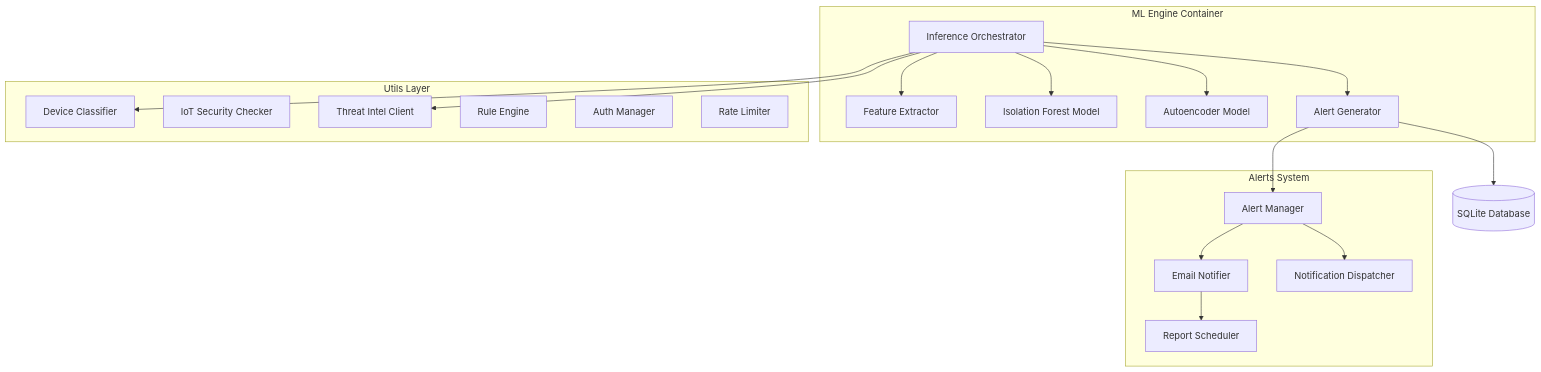
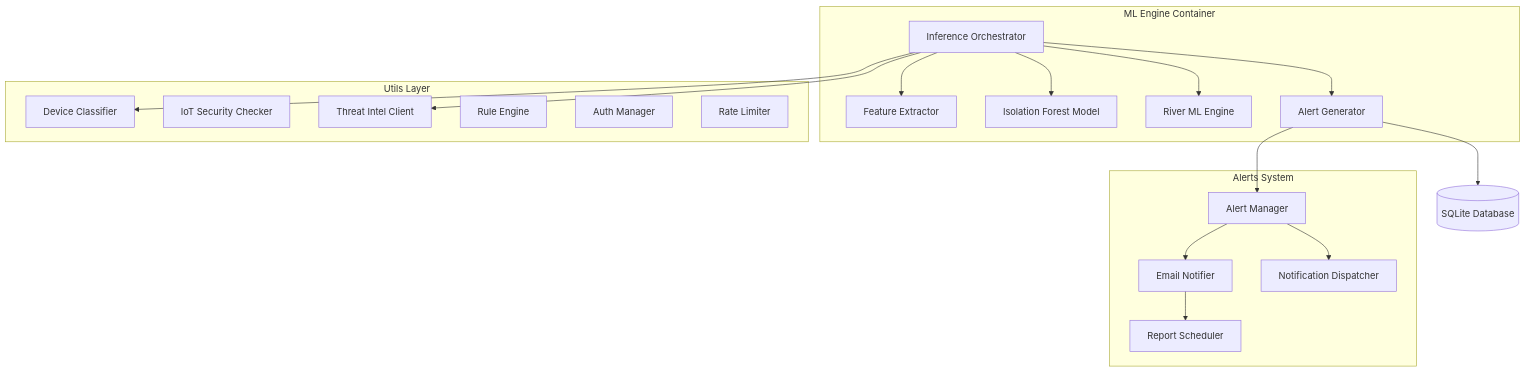
The third of 4 diagrams in docs/academic/C4_ARCHITECTURE.md (ritiksah141/iotsentinel), drawn with Mermaid before and after one commit. The commit also changed other lines of this file and 57 other files, not shown here.

Commit message:
moved to river ml from isolation forest and autoencoder for better result and optimization and to remove the baseline collection 7 day period

````diff
--- a/docs/academic/C4_ARCHITECTURE.md
+++ b/docs/academic/C4_ARCHITECTURE.md
@@ -168,42 +168,42 @@
 ```mermaid
 graph TD
     subgraph "ML Engine Container"
         ML1[Inference Orchestrator]
         ML2[Feature Extractor]
         ML3[Isolation Forest Model]
-        ML4[Autoencoder Model]
+        ML4[River ML Engine]
         ML5[Alert Generator]
     end
 
     subgraph "Utils Layer"
         U1[Device Classifier]
         U2[IoT Security Checker]
         U3[Threat Intel Client]
         U4[Rule Engine]
         U5[Auth Manager]
         U6[Rate Limiter]
     end
 
     subgraph "Alerts System"
         A1[Alert Manager]
         A2[Email Notifier]
         A3[Notification Dispatcher]
         A4[Report Scheduler]
     end
 
     DB[(SQLite Database)]
 
     ML1 --> ML2
     ML1 --> ML3
     ML1 --> ML4
     ML1 --> ML5
     ML5 --> DB
 
     ML1 --> U1
     ML1 --> U3
     ML5 --> A1
 
     A1 --> A2
     A1 --> A3
     A2 --> A4
 ```
````
